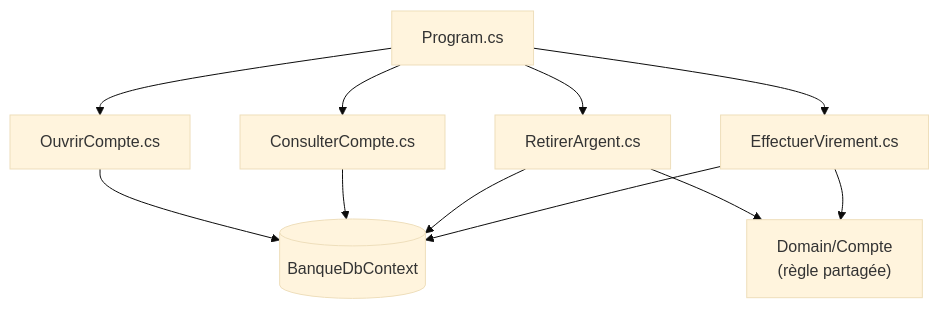
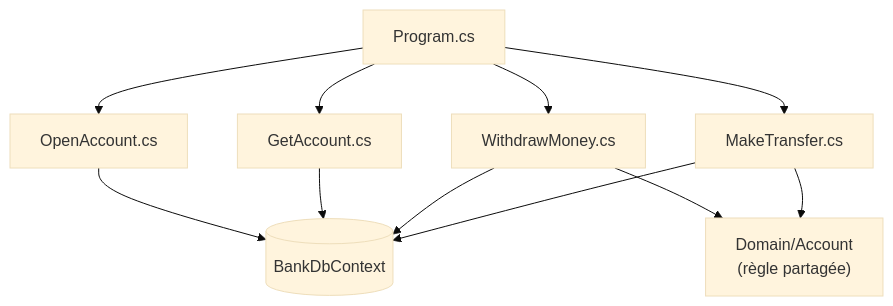
One commit to drangoht/ArchitecturesDemo changed the diagram in Docs/fiches/05-vertical-slice.md. Above: the diagram before and after it, drawn with Mermaid (base theme). The commit also changed 70 other files, not shown here.

Commit message:
Docs FR : identifiants, liens, diagrammes et sorties alignés sur le code anglais

````diff
--- a/Docs/fiches/05-vertical-slice.md
+++ b/Docs/fiches/05-vertical-slice.md
@@ -9,6 +9,6 @@
 ```mermaid
 flowchart TB
-    P["Program.cs"] --> O["OuvrirCompte.cs"] & C["ConsulterCompte.cs"] & R["RetirerArgent.cs"] & V["EffectuerVirement.cs"]
-    R & V --> D["Domain/Compte<br/>(règle partagée)"]
-    O & C & R & V --> DB[("BanqueDbContext")]
+    P["Program.cs"] --> O["OpenAccount.cs"] & C["GetAccount.cs"] & R["WithdrawMoney.cs"] & V["MakeTransfer.cs"]
+    R & V --> D["Domain/Account<br/>(règle partagée)"]
+    O & C & R & V --> DB[("BankDbContext")]
 ```
````
